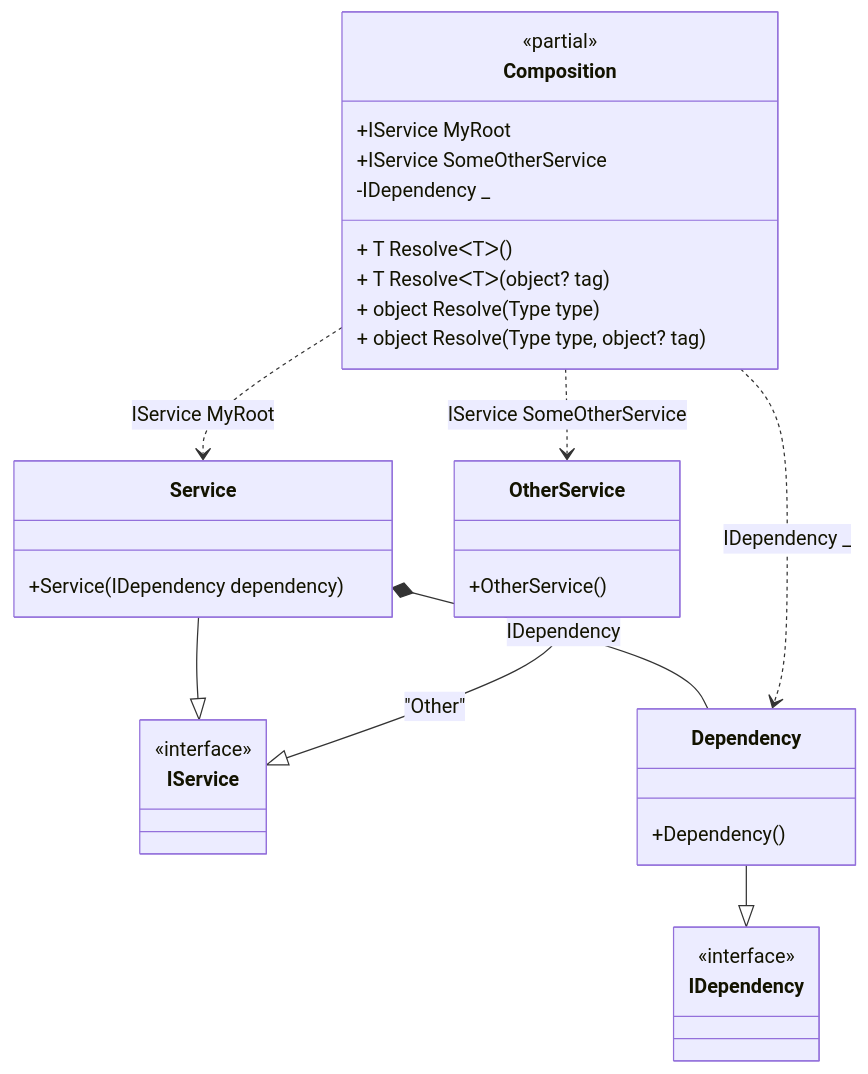
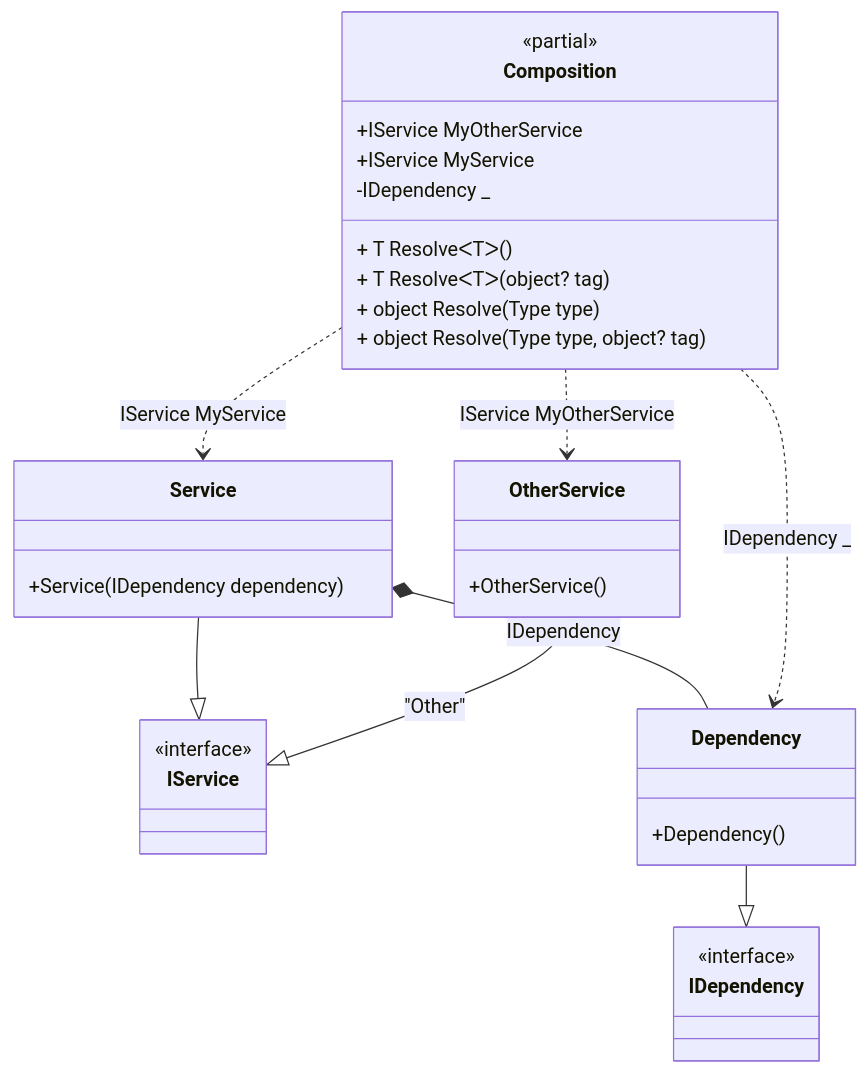
Before and after one commit to DevTeam/Pure.DI: the diagram in readme/composition-roots.md, drawn with Mermaid. The commit also changed other lines of this file and 22 other files, not shown here.

````diff
--- a/readme/composition-roots.md
+++ b/readme/composition-roots.md
@@ -257,35 +257,35 @@
 ```mermaid
 classDiagram
 	class Composition {
 		<<partial>>
-		+IService MyRoot
-		+IService SomeOtherService
+		+IService MyOtherService
+		+IService MyService
 		-IDependency _
 		+ T ResolveᐸTᐳ()
 		+ T ResolveᐸTᐳ(object? tag)
 		+ object Resolve(Type type)
 		+ object Resolve(Type type, object? tag)
 	}
 	Service --|> IService
 	class Service {
 		+Service(IDependency dependency)
 	}
 	OtherService --|> IService : "Other" 
 	class OtherService {
 		+OtherService()
 	}
 	Dependency --|> IDependency
 	class Dependency {
 		+Dependency()
 	}
 	class IService {
 		<<interface>>
 	}
 	class IDependency {
 		<<interface>>
 	}
 	Service *--  Dependency : IDependency
-	Composition ..> Service : IService MyRoot
+	Composition ..> Service : IService MyService
 	Composition ..> Dependency : IDependency _
-	Composition ..> OtherService : IService SomeOtherService
+	Composition ..> OtherService : IService MyOtherService
 ```
````
